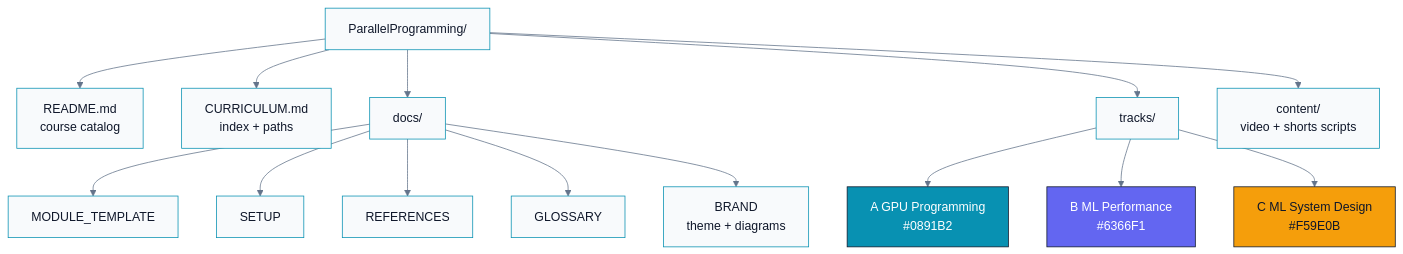
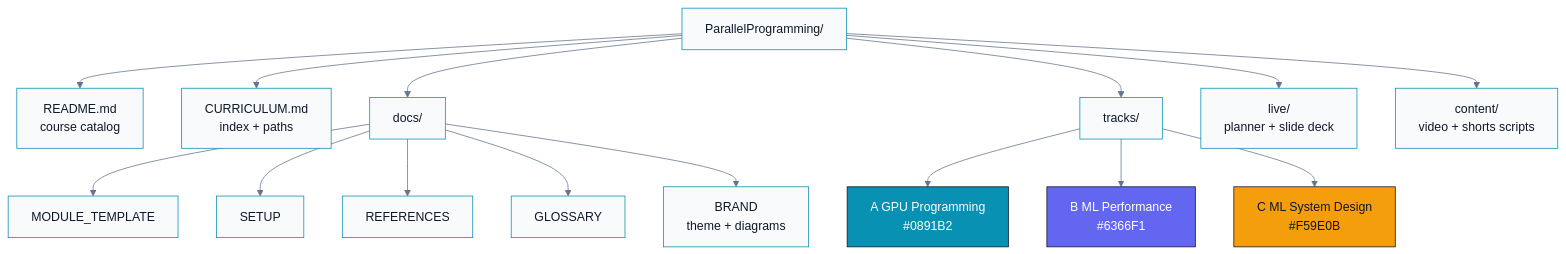
Before and after one commit to gahan9/ParallelProgramming: the first of 3 diagrams in README.md, drawn with Mermaid. The commit also changed other lines of this file and 7 other files, not shown here.

First line of the commit message:
feat(live): add in-repo study planner and branded slide deck, and fix the Pages build

````diff
--- a/README.md
+++ b/README.md
@@ -31,30 +31,31 @@
 ```mermaid
 %%{init: {'theme': 'base', 'themeVariables': {'primaryColor': '#F8FAFC', 'primaryBorderColor': '#0891B2', 'lineColor': '#64748B'}}}%%
 flowchart TB
   ROOT["ParallelProgramming/"]
 
   ROOT --> README["README.md<br/>course catalog"]
   ROOT --> CURR["CURRICULUM.md<br/>index + paths"]
   ROOT --> DOCS["docs/"]
   ROOT --> TRACKS["tracks/"]
+  ROOT --> LIVE["live/<br/>planner + slide deck"]
   ROOT --> CONTENT["content/<br/>video + shorts scripts"]
 
   DOCS --> MT["MODULE_TEMPLATE"]
   DOCS --> SETUP["SETUP"]
   DOCS --> REF["REFERENCES"]
   DOCS --> GLOSS["GLOSSARY"]
   DOCS --> BRAND["BRAND<br/>theme + diagrams"]
 
   TRACKS --> TA["A GPU Programming<br/>#0891B2"]
   TRACKS --> TB2["B ML Performance<br/>#6366F1"]
   TRACKS --> TC["C ML System Design<br/>#F59E0B"]
 
   classDef trackA fill:#0891B2,stroke:#0F172A,color:#fff
   classDef trackB fill:#6366F1,stroke:#0F172A,color:#fff
   classDef trackC fill:#F59E0B,stroke:#0F172A,color:#0F172A
   classDef neutral fill:#F8FAFC,stroke:#0891B2,color:#0F172A
   class TA trackA
   class TB2 trackB
   class TC trackC
-  class ROOT,README,CURR,DOCS,TRACKS,CONTENT,MT,SETUP,REF,GLOSS,BRAND neutral
+  class ROOT,README,CURR,DOCS,TRACKS,LIVE,CONTENT,MT,SETUP,REF,GLOSS,BRAND neutral
 ```
````
